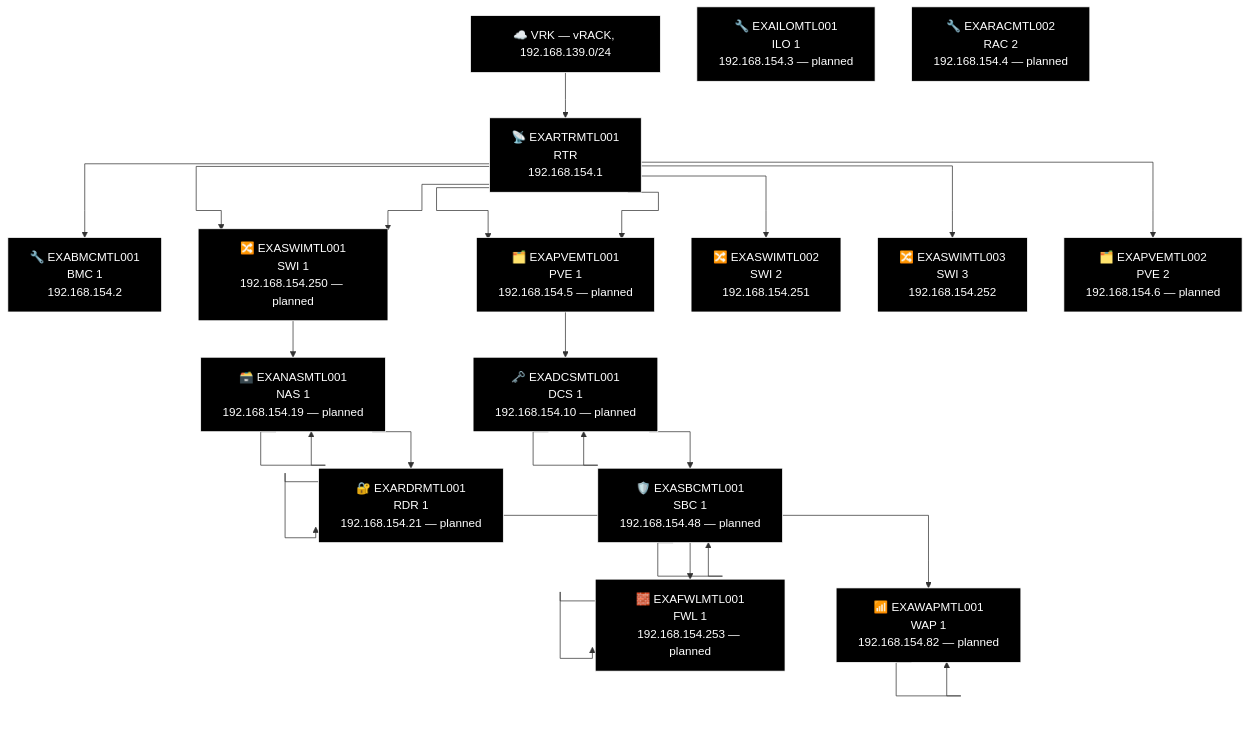
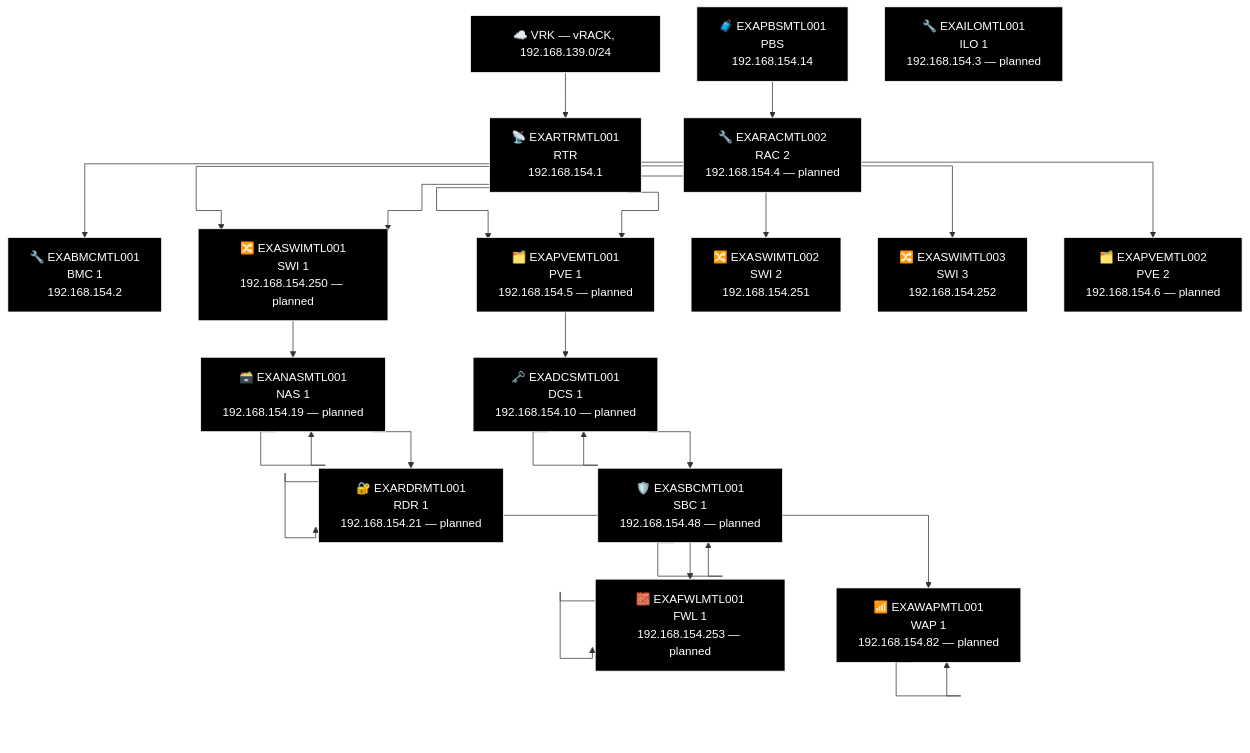
Before and after one commit to knightmare2600/example_music_infra: the eighth of 9 diagrams in docs/network-diagram/canada.md, drawn with Mermaid. The commit also changed other lines of this file and 14 other files, not shown here.

First line of the commit message:
docs/network-diagram: regenerate, every site was missing its PBS node

````diff
--- a/docs/network-diagram/canada.md
+++ b/docs/network-diagram/canada.md
@@ -374,65 +379,68 @@
 ```mermaid
 %% GENERATED:TOPOLOGY:MTL:START
 %%{init: {'flowchart': {'curve': 'stepAfter'}}}%%
 graph TD
     T_VRK["☁️ VRK — vRACK, 192.168.139.0/24"]
     T_RTR["📡 EXARTRMTL001<br/>RTR<br/>192.168.154.1"]
     T_VRK --> T_RTR
     T_BMC["🔧 EXABMCMTL001<br/>BMC 1<br/>192.168.154.2"]
     T_RTR --> T_BMC
     T_PVE["🗂️ EXAPVEMTL001<br/>PVE 1<br/>192.168.154.5"]
     T_RTR --> T_PVE
     T_SWI["🔀 EXASWIMTL001<br/>SWI 1<br/>192.168.154.250"]
     T_RTR --> T_SWI
     T_SWI2["🔀 EXASWIMTL002<br/>SWI 2<br/>192.168.154.251"]
     T_RTR --> T_SWI2
     T_SWI3["🔀 EXASWIMTL003<br/>SWI 3<br/>192.168.154.252"]
     T_RTR --> T_SWI3
     T_SWI["🔀 EXASWIMTL001<br/>SWI 1<br/>192.168.154.250 — planned"]
     T_RTR --> T_SWI
     T_PVE["🗂️ EXAPVEMTL001<br/>PVE 1<br/>192.168.154.5 — planned"]
     T_RTR --> T_PVE
     T_PVE2["🗂️ EXAPVEMTL002<br/>PVE 2<br/>192.168.154.6 — planned"]
     T_RTR --> T_PVE2
     T_NAS["🗃️ EXANASMTL001<br/>NAS<br/>192.168.154.19"]
     T_NAS["🗃️ EXANASMTL001<br/>NAS 1<br/>192.168.154.19 — planned"]
     T_RDR["🔐 EXARDRMTL001<br/>RDR<br/>192.168.154.21"]
     T_RDR["🔐 EXARDRMTL001<br/>RDR 1<br/>192.168.154.21 — planned"]
     T_WAP["📶 EXAWAPMTL001<br/>WAP 1<br/>192.168.154.82"]
     T_WAP["📶 EXAWAPMTL001<br/>WAP 1<br/>192.168.154.82 — planned"]
     T_SWI --> T_NAS --> T_NAS --> T_RDR --> T_RDR --> T_WAP --> T_WAP
     T_DCS["🗝️ EXADCSMTL001<br/>DCS 1<br/>192.168.154.10"]
     T_DCS["🗝️ EXADCSMTL001<br/>DCS 1<br/>192.168.154.10 — planned"]
     T_SBC["🛡️ EXASBCMTL001<br/>SBC<br/>192.168.154.48"]
     T_SBC["🛡️ EXASBCMTL001<br/>SBC 1<br/>192.168.154.48 — planned"]
     T_FWL["🧱 EXAFWLMTL001<br/>LAN Face<br/>192.168.154.253"]
     T_FWL["🧱 EXAFWLMTL001<br/>FWL 1<br/>192.168.154.253 — planned"]
     T_PVE --> T_DCS --> T_DCS --> T_SBC --> T_SBC --> T_FWL --> T_FWL
+    T_PBS["🧳 EXAPBSMTL001<br/>PBS<br/>192.168.154.14"]
     T_ILO["🔧 EXAILOMTL001<br/>ILO 1<br/>192.168.154.3 — planned"]
     T_RAC["🔧 EXARACMTL002<br/>RAC 2<br/>192.168.154.4 — planned"]
+    T_PBS --> T_RAC
     style T_VRK fill:#000000,stroke:#FFFFFF,color:#FFFFFF
     style T_RTR fill:#000000,stroke:#FFFFFF,color:#FFFFFF
     style T_BMC fill:#000000,stroke:#FFFFFF,color:#FFFFFF
     style T_PVE fill:#000000,stroke:#FFFFFF,color:#FFFFFF
     style T_SWI fill:#000000,stroke:#FFFFFF,color:#FFFFFF
     style T_SWI2 fill:#000000,stroke:#FFFFFF,color:#FFFFFF
     style T_SWI3 fill:#000000,stroke:#FFFFFF,color:#FFFFFF
     style T_SWI fill:#000000,stroke:#FFFFFF,color:#FFFFFF
     style T_PVE fill:#000000,stroke:#FFFFFF,color:#FFFFFF
     style T_PVE2 fill:#000000,stroke:#FFFFFF,color:#FFFFFF
     style T_NAS fill:#000000,stroke:#FFFFFF,color:#FFFFFF
     style T_NAS fill:#000000,stroke:#FFFFFF,color:#FFFFFF
     style T_RDR fill:#000000,stroke:#FFFFFF,color:#FFFFFF
     style T_RDR fill:#000000,stroke:#FFFFFF,color:#FFFFFF
     style T_WAP fill:#000000,stroke:#FFFFFF,color:#FFFFFF
     style T_WAP fill:#000000,stroke:#FFFFFF,color:#FFFFFF
     style T_DCS fill:#000000,stroke:#FFFFFF,color:#FFFFFF
     style T_DCS fill:#000000,stroke:#FFFFFF,color:#FFFFFF
     style T_SBC fill:#000000,stroke:#FFFFFF,color:#FFFFFF
     style T_SBC fill:#000000,stroke:#FFFFFF,color:#FFFFFF
     style T_FWL fill:#000000,stroke:#FFFFFF,color:#FFFFFF
     style T_FWL fill:#000000,stroke:#FFFFFF,color:#FFFFFF
+    style T_PBS fill:#000000,stroke:#FFFFFF,color:#FFFFFF
     style T_ILO fill:#000000,stroke:#FFFFFF,color:#FFFFFF
     style T_RAC fill:#000000,stroke:#FFFFFF,color:#FFFFFF
 %% GENERATED:TOPOLOGY:MTL:END
 ```
````
